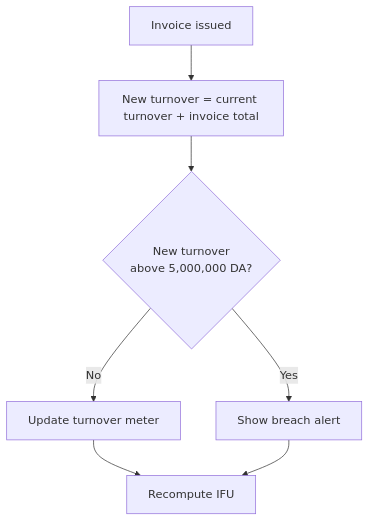
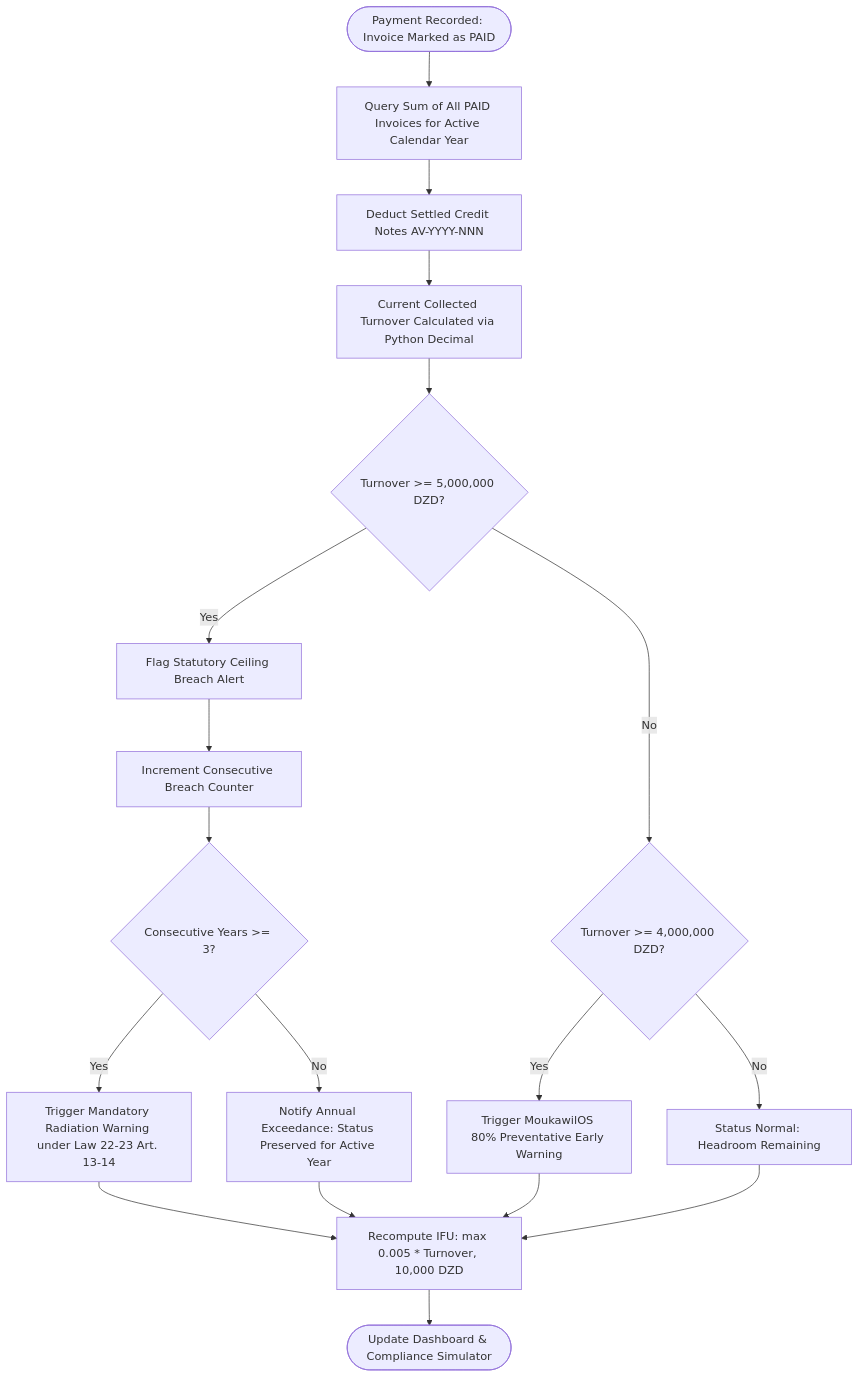
Before and after one commit to AYA-BACHA/MoukawilOS: the third of 5 diagrams in README.md, drawn with Mermaid. The commit also changed other lines of this file and 1 other file, not shown here.

````diff
--- a/README.md
+++ b/README.md
@@ -193,9 +314,23 @@
 ```mermaid
 flowchart TD
-    A[Invoice issued] --> B[New turnover = current turnover + invoice total]
-    B --> C{New turnover<br/>above 5,000,000 DA?}
-    C -- Yes --> D[Show breach alert]
-    C -- No --> E[Update turnover meter]
-    E --> F[Recompute IFU]
-    D --> F
+    A([Payment Recorded: Invoice Marked as PAID]) --> B[Query Sum of All PAID Invoices for Active Calendar Year]
+    B --> C[Deduct Settled Credit Notes AV-YYYY-NNN]
+    C --> D[Current Collected Turnover Calculated via Python Decimal]
+    
+    D --> E{Turnover >= 5,000,000 DZD?}
+    E -- Yes --> F[Flag Statutory Ceiling Breach Alert]
+    F --> G[Increment Consecutive Breach Counter]
+    G --> H{Consecutive Years >= 3?}
+    H -- Yes --> I[Trigger Mandatory Radiation Warning under Law 22-23 Art. 13-14]
+    H -- No --> J[Notify Annual Exceedance: Status Preserved for Active Year]
+    
+    E -- No --> K{Turnover >= 4,000,000 DZD?}
+    K -- Yes --> L[Trigger MoukawilOS 80% Preventative Early Warning]
+    K -- No --> M[Status Normal: Headroom Remaining]
+    
+    I --> N[Recompute IFU: max 0.005 * Turnover, 10,000 DZD]
+    J --> N
+    L --> N
+    M --> N
+    N --> O([Update Dashboard & Compliance Simulator])
 ```
````
